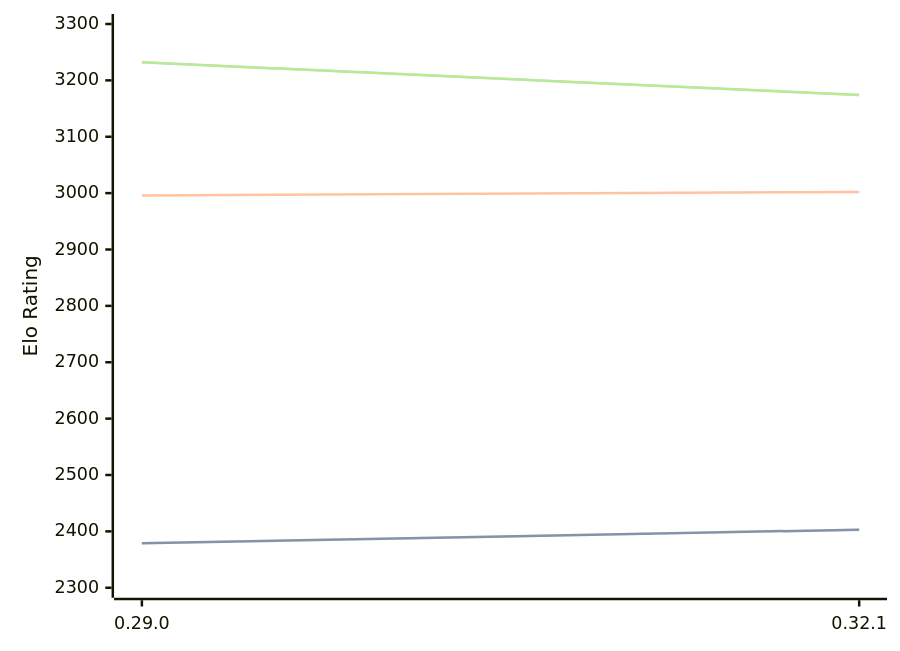
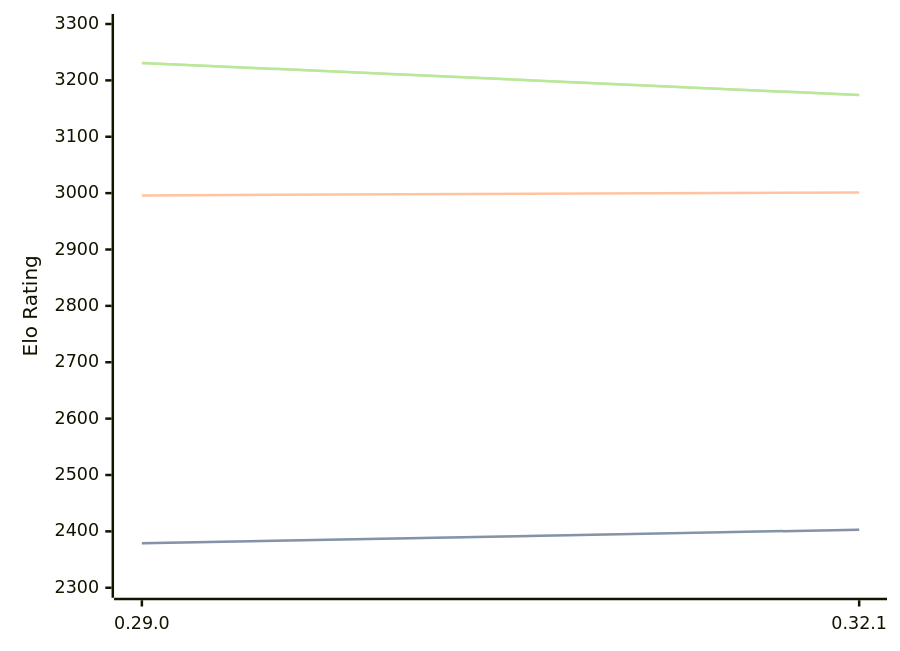
One commit to computer-chess-index/cci changed the diagram in engines/Lc0.md. Above: the diagram before and after it, drawn with Mermaid. The commit also changed other lines of this file, not shown here.

Commit message:
Update CCI Ratings (ELO VLTC) - 2026-09-01

````diff
--- a/engines/Lc0.md
+++ b/engines/Lc0.md
@@ -32,11 +32,11 @@
 ```mermaid
 %%{init: {"theme":"base","themeVariables":{"seriesColors:['#a3a3a3','#222221','#faa371']}}}%%
 xychart-beta
   x-axis ["0.29.0", "0.32.1"]
   y-axis "Elo Rating" 2300 --> 3300
   line "" [2379, 2403]
   line "STC (8.0+0.08s)" [2379, 2403]
-  line "LTC (60.0+0.60s)" [2996, 3002]
-  line "" [3232, 3174]
-  line "VLTC (2m24s+1.12s)" [3232, 3174]
+  line "LTC (60.0+0.60s)" [2996, 3001]
+  line "" [3231, 3174]
+  line "VLTC (2m24s+1.12s)" [3231, 3174]
 ```
````
